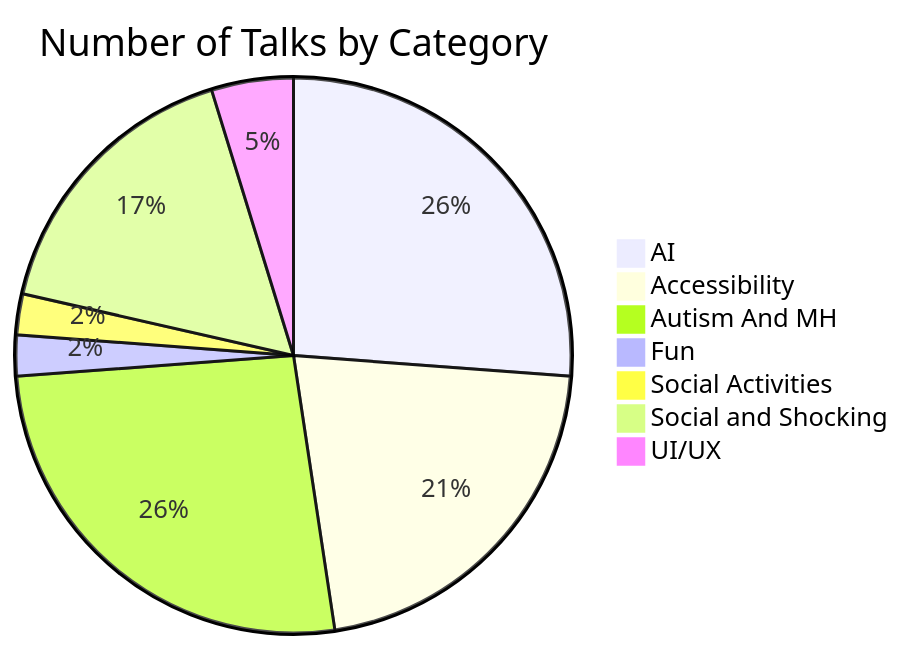
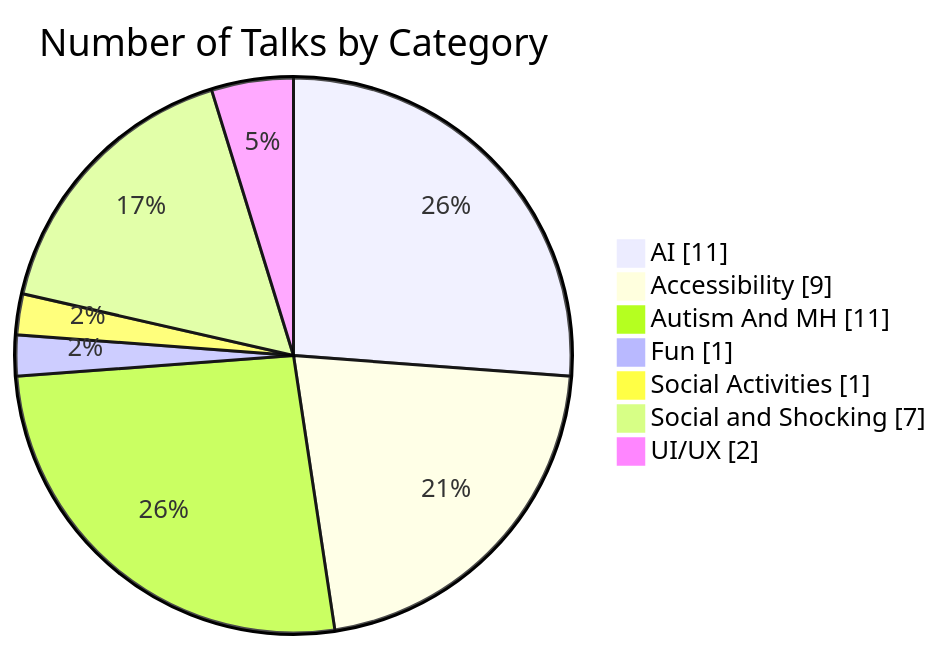
One commit to DDSoftDennie/speaker changed the diagram in README.md. Above: the diagram before and after it, drawn with Mermaid. The commit also changed other lines of this file, not shown here.

Commit message:
feat: Update pie chart to show data and enhance bio section in README.md

````diff
--- a/README.md
+++ b/README.md
@@ -15,11 +15,11 @@
 ```mermaid
-pie
+pie  showData
     title Number of Talks by Category
     "AI" : 11
     "Accessibility" : 9
     "Autism And MH" : 11
     "Fun" : 1
     "Social Activities" : 1
     "Social and Shocking" : 7
     "UI/UX" : 2
 ```
````
